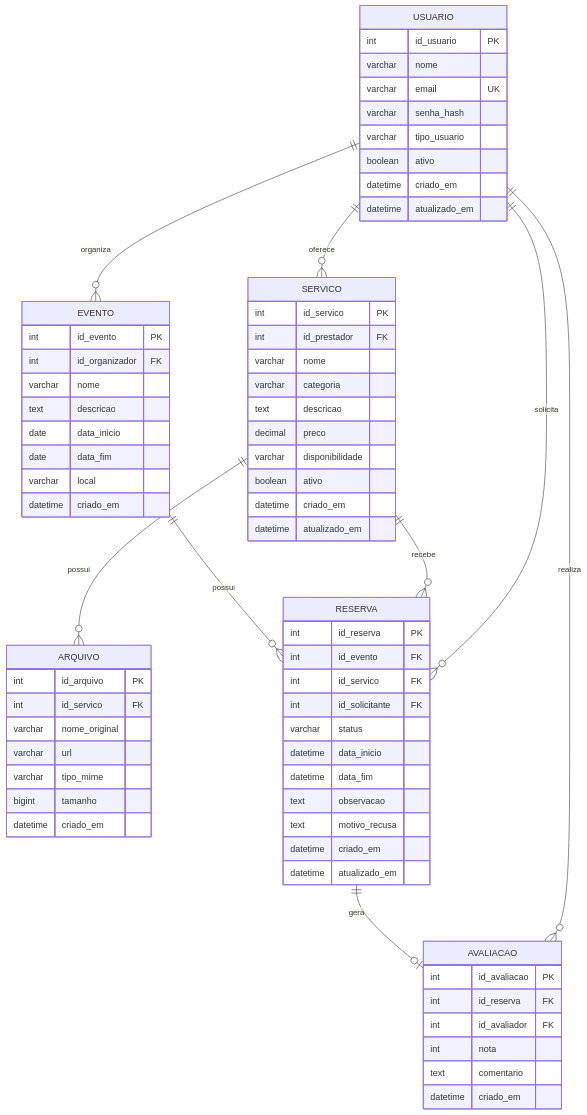
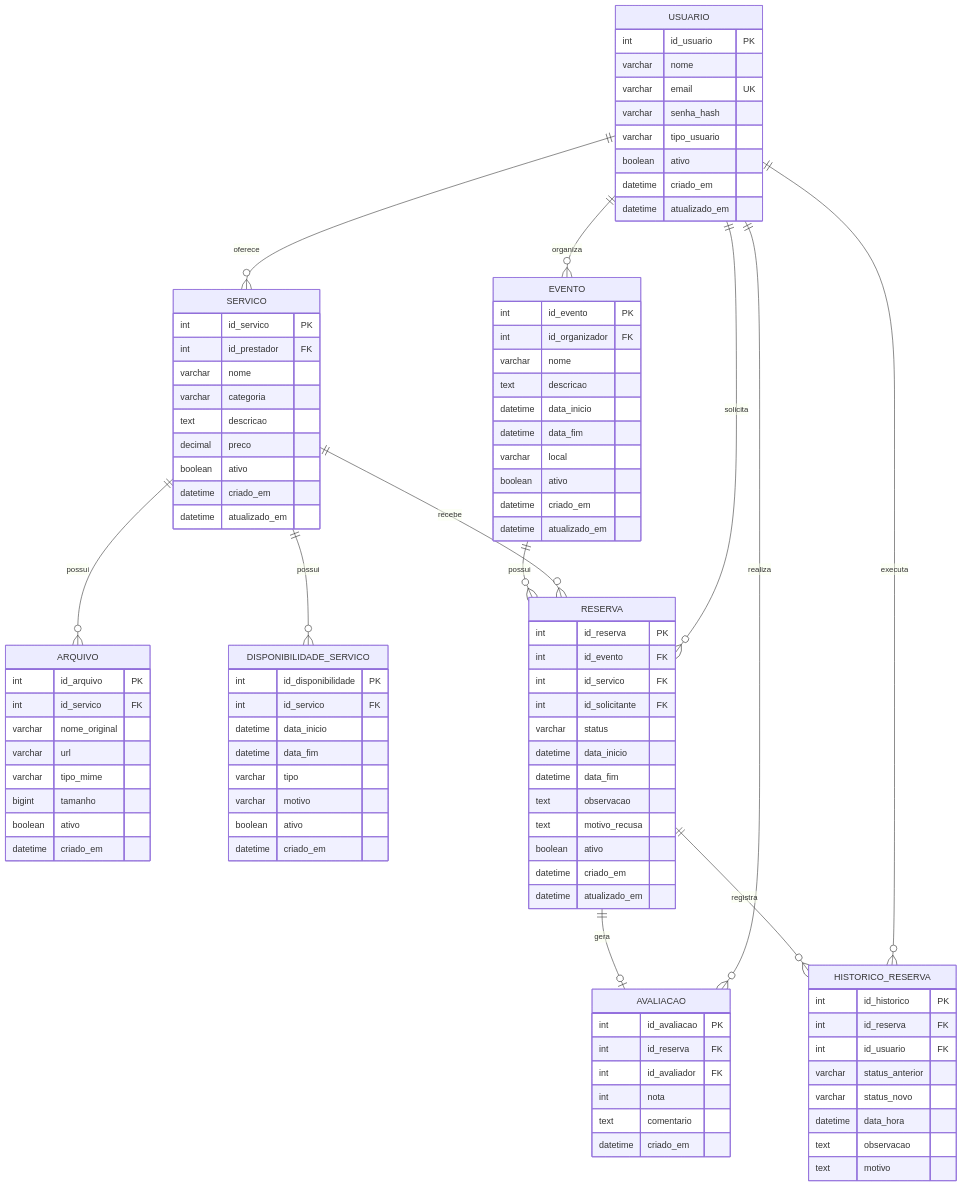
The diagram in docs/diagrams/modelo-dados.md (dudanegreiro/EventFy), drawn with Mermaid before and after one commit. The commit also changed other lines of this file and 10 other files, not shown here.

```diff
--- a/docs/diagrams/modelo-dados.md
+++ b/docs/diagrams/modelo-dados.md
@@ -5,11 +5,14 @@
     USUARIO ||--o{ EVENTO : organiza
     USUARIO ||--o{ SERVICO : oferece
     SERVICO ||--o{ ARQUIVO : possui
+    SERVICO ||--o{ DISPONIBILIDADE_SERVICO : possui
     EVENTO ||--o{ RESERVA : possui
     SERVICO ||--o{ RESERVA : recebe
     USUARIO ||--o{ RESERVA : solicita
     RESERVA ||--o| AVALIACAO : gera
     USUARIO ||--o{ AVALIACAO : realiza
+    RESERVA ||--o{ HISTORICO_RESERVA : registra
+    USUARIO ||--o{ HISTORICO_RESERVA : executa
 
     USUARIO {
         int id_usuario PK
@@ -27,10 +30,12 @@
         int id_organizador FK
         varchar nome
         text descricao
-        date data_inicio
-        date data_fim
+        datetime data_inicio
+        datetime data_fim
         varchar local
+        boolean ativo
         datetime criado_em
+        datetime atualizado_em
     }
 
     SERVICO {
@@ -40,10 +45,20 @@
         varchar categoria
         text descricao
         decimal preco
-        varchar disponibilidade
         boolean ativo
         datetime criado_em
         datetime atualizado_em
+    }
+
+    DISPONIBILIDADE_SERVICO {
+        int id_disponibilidade PK
+        int id_servico FK
+        datetime data_inicio
+        datetime data_fim
+        varchar tipo
+        varchar motivo
+        boolean ativo
+        datetime criado_em
     }
 
     ARQUIVO {
@@ -53,6 +68,7 @@
         varchar url
         varchar tipo_mime
         bigint tamanho
+        boolean ativo
         datetime criado_em
     }
 
@@ -66,8 +82,20 @@
         datetime data_fim
         text observacao
         text motivo_recusa
+        boolean ativo
         datetime criado_em
         datetime atualizado_em
+    }
+
+    HISTORICO_RESERVA {
+        int id_historico PK
+        int id_reserva FK
+        int id_usuario FK
+        varchar status_anterior
+        varchar status_novo
+        datetime data_hora
+        text observacao
+        text motivo
     }
 
     AVALIACAO {
```
